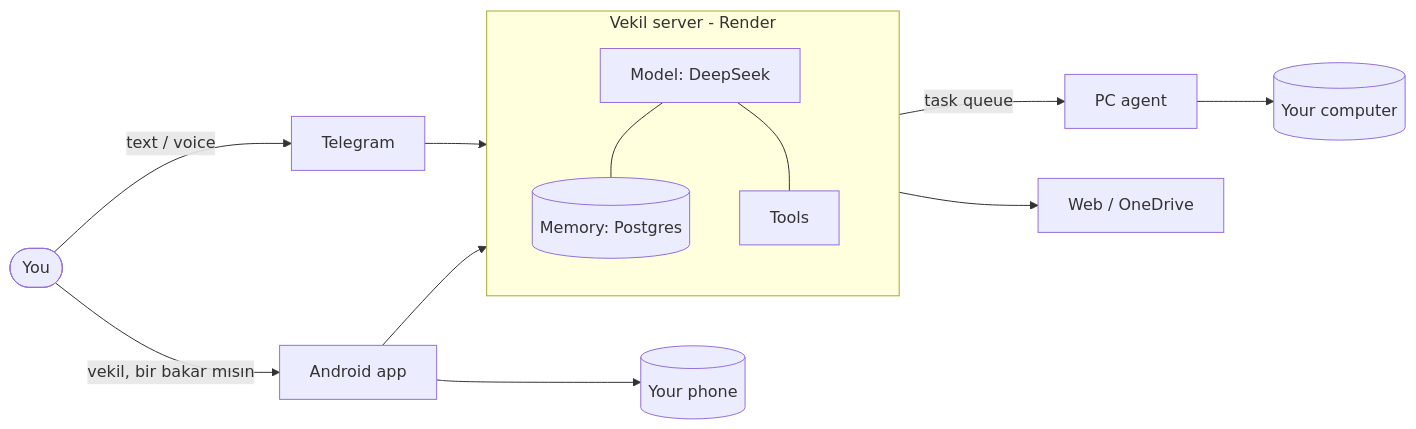
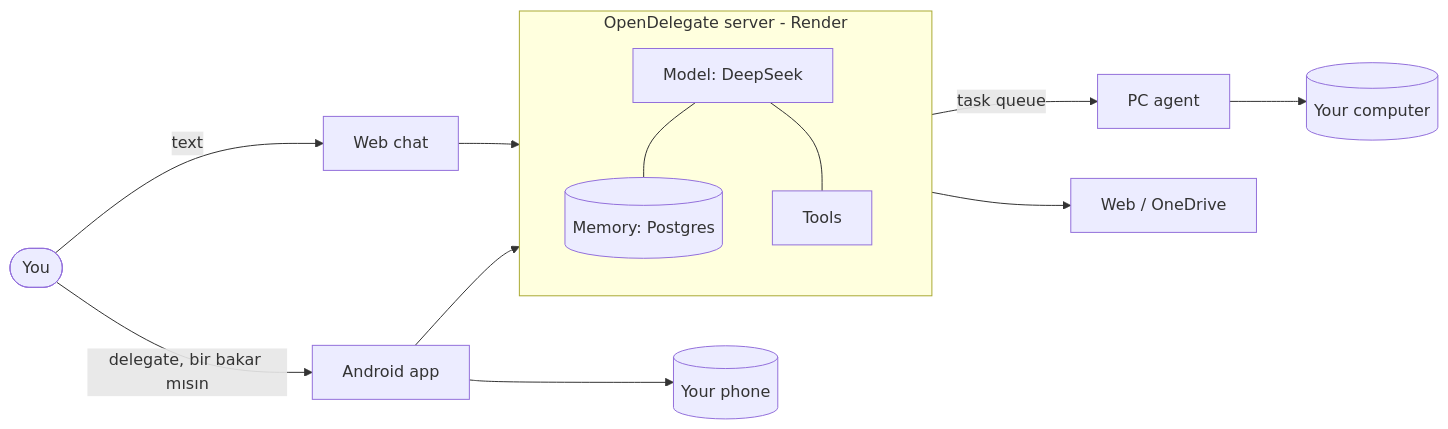
Before and after one commit to osmnabyram/OpenDelegate: the diagram in README.en.md, drawn with Mermaid. The commit also changed other lines of this file and 79 other files, not shown here.

Commit message:
OpenDelegate: yeni ad, paket adi com.opendelegate.app, uyandirma cumlesi delegate, belgeler ve web sohbeti

````diff
--- a/README.en.md
+++ b/README.en.md
@@ -63,16 +64,16 @@
 ```mermaid
 flowchart LR
-    U([You]) -- text / voice --> T[Telegram]
-    U -- "vekil, bir bakar mısın" --> A[Android app]
+    U([You]) -- text --> T[Web chat]
+    U -- "delegate, bir bakar mısın" --> A[Android app]
     T --> B
     A --> B
-    subgraph B[Vekil server - Render]
+    subgraph B[OpenDelegate server - Render]
       direction TB
       M[Model: DeepSeek] --- H[(Memory: Postgres)]
       M --- K[Tools]
     end
     K -- task queue --> P[PC agent]
     K --> W[Web / OneDrive]
     P --> PC[(Your computer)]
     A --> PH[(Your phone)]
 ```
````
